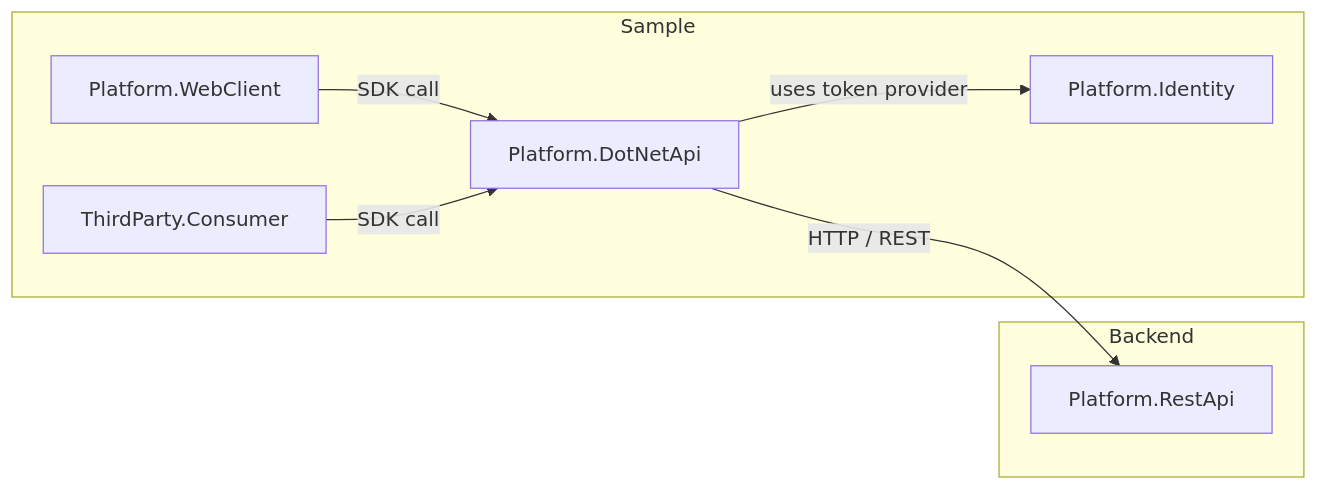
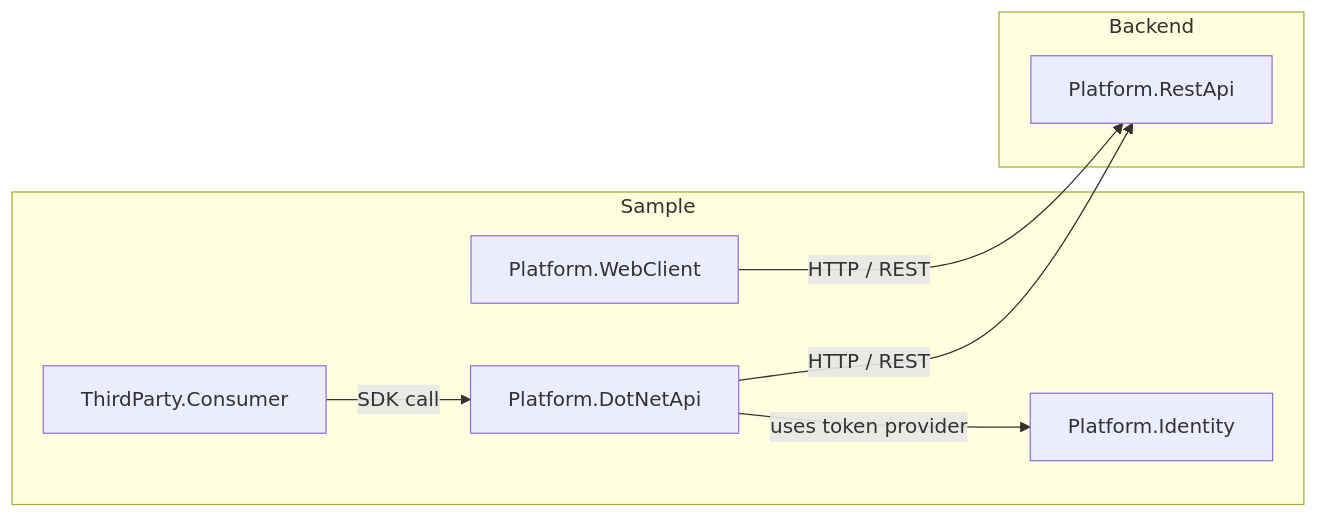
One commit to haoyucheng369-gif/DocuwareArchitect changed the diagram in README.md. Above: the diagram before and after it, drawn with Mermaid. The commit also changed other lines of this file and 11 other files, not shown here.

Commit message:
Align web client with REST platform architecture

````diff
--- a/README.md
+++ b/README.md
@@ -14,18 +14,18 @@
 ```mermaid
 flowchart LR
     subgraph Sample
         A[Platform.Identity]
         C[Platform.WebClient]
         D[ThirdParty.Consumer]
         B[Platform.DotNetApi]
     end
 
     subgraph Backend
         E[Platform.RestApi]
     end
 
-    C -->|SDK call| B
+    C -->|HTTP / REST| E
     D -->|SDK call| B
     B -->|HTTP / REST| E
     B -->|uses token provider| A
 ```
````
